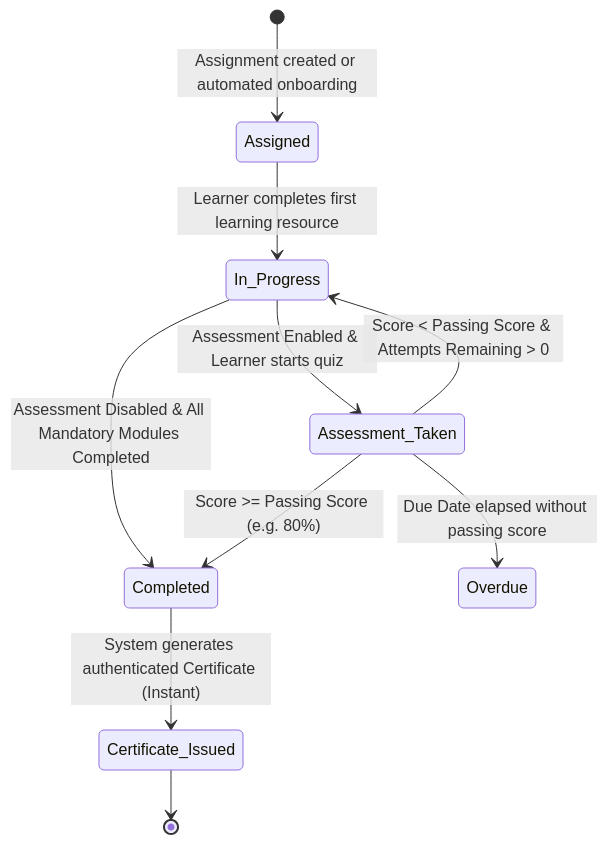
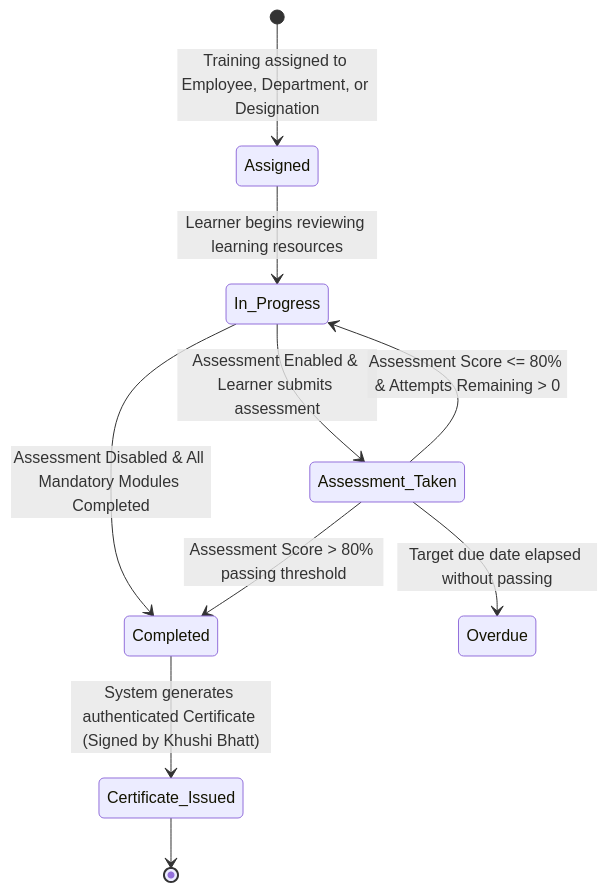
Before and after one commit to Tanishka2509/collabcrm-people-training-module: the second of 2 diagrams in docs/DEVELOPER_FLOW_AND_FIELD_SPECIFICATION.md, drawn with Mermaid. The commit also changed other lines of this file, not shown here.

````diff
--- a/docs/DEVELOPER_FLOW_AND_FIELD_SPECIFICATION.md
+++ b/docs/DEVELOPER_FLOW_AND_FIELD_SPECIFICATION.md
@@ -583,12 +432,12 @@
 ```mermaid
 stateDiagram-v2
-    [*] --> Assigned: Assignment created or automated onboarding
-    Assigned --> In_Progress: Learner completes first learning resource
-    In_Progress --> Assessment_Taken: Assessment Enabled & Learner starts quiz
+    [*] --> Assigned: Training assigned to Employee, Department, or Designation
+    Assigned --> In_Progress: Learner begins reviewing learning resources
+    In_Progress --> Assessment_Taken: Assessment Enabled & Learner submits assessment
     In_Progress --> Completed: Assessment Disabled & All Mandatory Modules Completed
-    Assessment_Taken --> Completed: Score >= Passing Score (e.g. 80%)
-    Completed --> Certificate_Issued: System generates authenticated Certificate (Instant)
-    Assessment_Taken --> In_Progress: Score < Passing Score & Attempts Remaining > 0
-    Assessment_Taken --> Overdue: Due Date elapsed without passing score
+    Assessment_Taken --> Completed: Assessment Score > 80% passing threshold
+    Completed --> Certificate_Issued: System generates authenticated Certificate (Signed by Khushi Bhatt)
+    Assessment_Taken --> In_Progress: Assessment Score <= 80% & Attempts Remaining > 0
+    Assessment_Taken --> Overdue: Target due date elapsed without passing
     Certificate_Issued --> [*]
 ```
````
